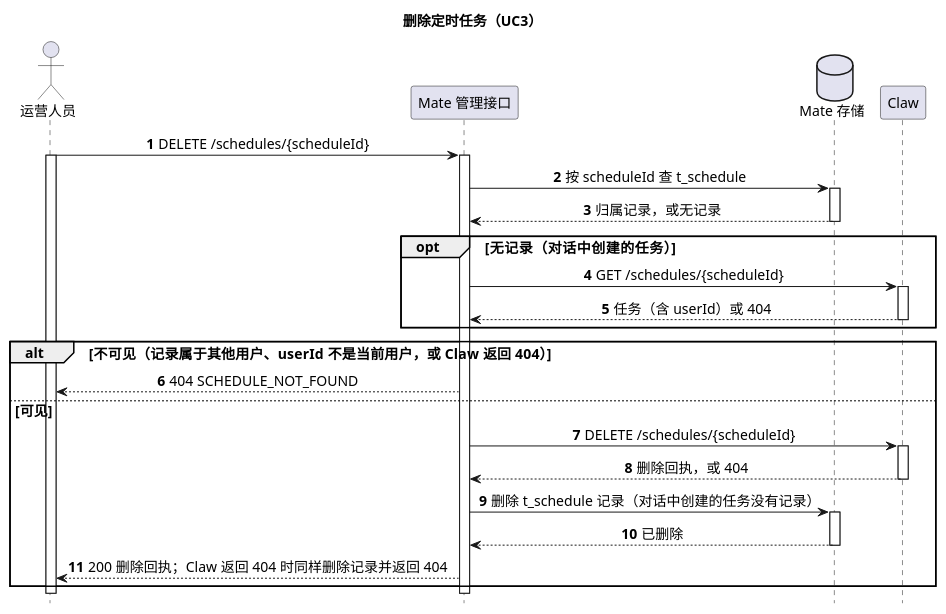
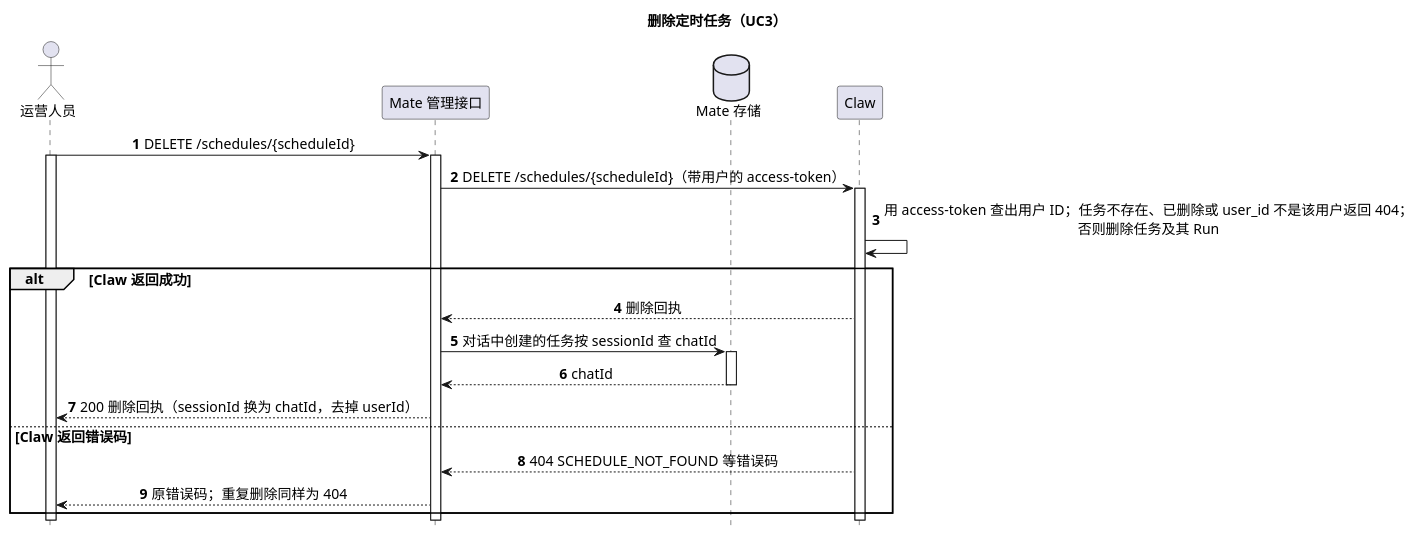
Before and after one commit to ssm0808/pi-mono-java-design: the ninth of 14 diagrams in 02-服务与接口/08-CampusMate定时任务/diagram.puml, drawn with PlantUML. The commit also changed other lines of this file and 32 other files, not shown here.

First line of the commit message:
定时任务：去掉 Mate t_schedule，任务归属只在 Claw user_id

```diff
--- a/02-服务与接口/08-CampusMate定时任务/diagram.puml
+++ b/02-服务与接口/08-CampusMate定时任务/diagram.puml
@@ -371,35 +326,32 @@
 @startuml mate_schedule_delete
 ' 目标：待实现；UC3 删除一个任务。
-' Claw 接口：DELETE /campusclaw-service/v1/schedules/{scheduleId}，见 01-总体架构/08-CampusClaw定时任务/README.md 第 4.4.6 节。
+' Claw 接口：DELETE /campusclaw-service/v1/schedules/{scheduleId}，见 01-总体架构/08-CampusClaw定时任务/README.md 第 4.4.6 节；按用户查询见第 4.8.3 节。
 ' mate-service 源码未核验；用户认证与权限由 Mate 框架按 access-token 在进入管理接口前完成，不在本图中。
-' 表达方式：画可见性检查、Claw 删除与删除 t_schedule；已生成的会话、定时会话登记与 Chat 映射保留，不在图中。
+' 表达方式：归属检查与删除在 Claw 同一事务内，Mate 没有任务记录要删；已生成的会话、定时会话登记与 Chat 映射保留，不在图中。
 title 删除定时任务（UC3）
 hide footbox
 skinparam backgroundColor white
 skinparam defaultFontSize 14
 skinparam sequenceMessageAlign center
 actor "运营人员" as Operator
 participant "Mate 管理接口" as Mate
 database "Mate 存储" as MateStore
 participant "Claw" as Claw
 autonumber
 Operator -> Mate ++ : DELETE /schedules/{scheduleId}
 activate Operator
-Mate -> MateStore ++ : 按 scheduleId 查 t_schedule
-return 归属记录，或无记录
-opt 无记录（对话中创建的任务）
-  Mate -> Claw ++ : GET /schedules/{scheduleId}
-  return 任务（含 userId）或 404
+Mate -> Claw ++ : DELETE /schedules/{scheduleId}（带用户的 access-token）
+Claw -> Claw : 用 access-token 查出用户 ID；任务不存在、已删除或 user_id 不是该用户返回 404；\n否则删除任务及其 Run
+alt Claw 返回成功
+  Claw --> Mate : 删除回执
+  Mate -> MateStore ++ : 对话中创建的任务按 sessionId 查 chatId
+  return chatId
+  Mate --> Operator : 200 删除回执（sessionId 换为 chatId，去掉 userId）
+else Claw 返回错误码
+  Claw --> Mate : 404 SCHEDULE_NOT_FOUND 等错误码
+  Mate --> Operator : 原错误码；重复删除同样为 404
 end
-alt 不可见（记录属于其他用户、userId 不是当前用户，或 Claw 返回 404）
-  Mate --> Operator : 404 SCHEDULE_NOT_FOUND
-else 可见
-  Mate -> Claw ++ : DELETE /schedules/{scheduleId}
-  return 删除回执，或 404
-  Mate -> MateStore ++ : 删除 t_schedule 记录（对话中创建的任务没有记录）
-  return 已删除
-  Mate --> Operator : 200 删除回执；Claw 返回 404 时同样删除记录并返回 404
-end
+deactivate Claw
 deactivate Mate
 deactivate Operator
 @enduml
```
